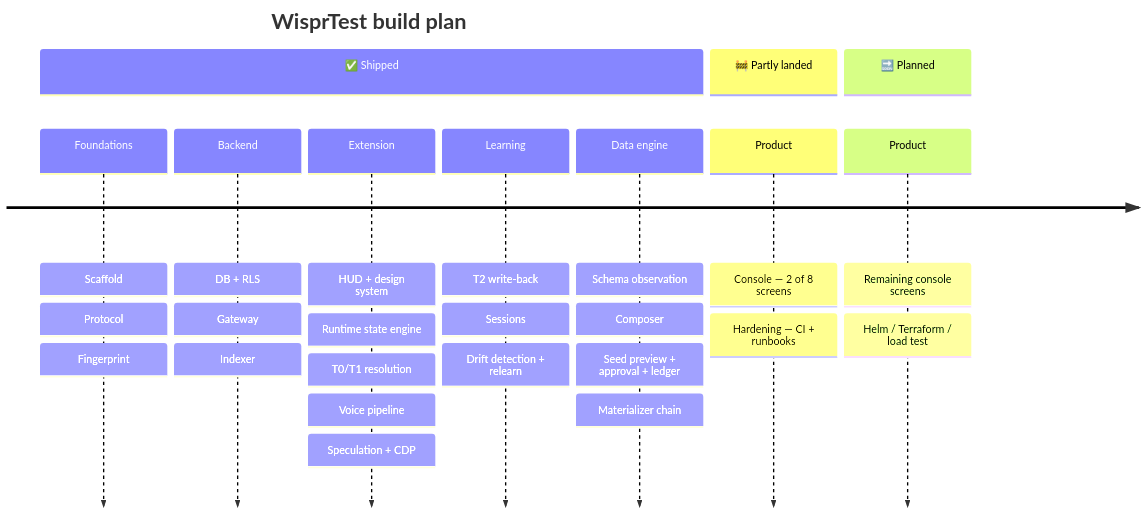
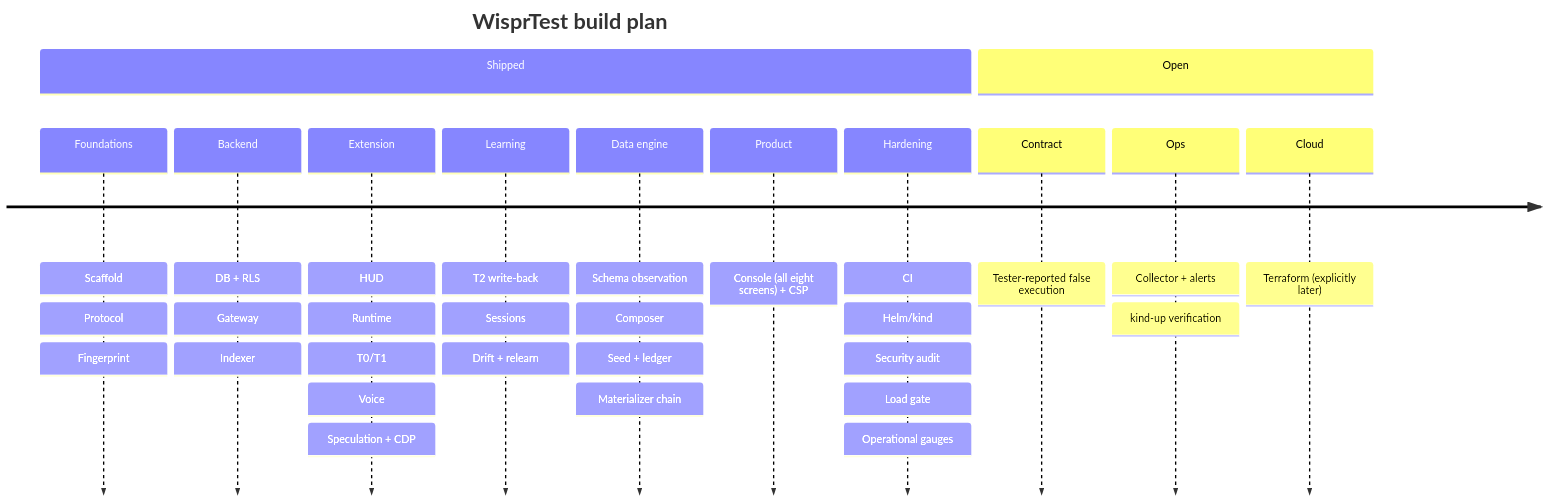
Before and after one commit to Rkcr007/wisprtest: the sixth of 6 diagrams in README.md, drawn with Mermaid. The commit also changed other lines of this file and 14 other files, not shown here.

First line of the commit message:
docs: record shipped work and remaining priorities

````diff
--- a/README.md
+++ b/README.md
@@ -348,14 +359,16 @@
 ```mermaid
 timeline
     title WisprTest build plan
-    section ✅ Shipped
+    section Shipped
         Foundations : Scaffold : Protocol : Fingerprint
         Backend : DB + RLS : Gateway : Indexer
-        Extension : HUD + design system : Runtime state engine : T0/T1 resolution : Voice pipeline : Speculation + CDP
-        Learning : T2 write-back : Sessions : Drift detection + relearn
-        Data engine : Schema observation : Composer : Seed preview + approval + ledger : Materializer chain
-    section 🚧 Partly landed
-        Product : Console — 2 of 8 screens : Hardening — CI + runbooks
-    section 🔜 Planned
-        Product : Remaining console screens : Helm / Terraform / load test
+        Extension : HUD : Runtime : T0/T1 : Voice : Speculation + CDP
+        Learning : T2 write-back : Sessions : Drift + relearn
+        Data engine : Schema observation : Composer : Seed + ledger : Materializer chain
+        Product : Console (all eight screens) + CSP
+        Hardening : CI : Helm/kind : Security audit : Load gate : Operational gauges
+    section Open
+        Contract : Tester-reported false execution
+        Ops : Collector + alerts : kind-up verification
+        Cloud : Terraform (explicitly later)
 ```
````
